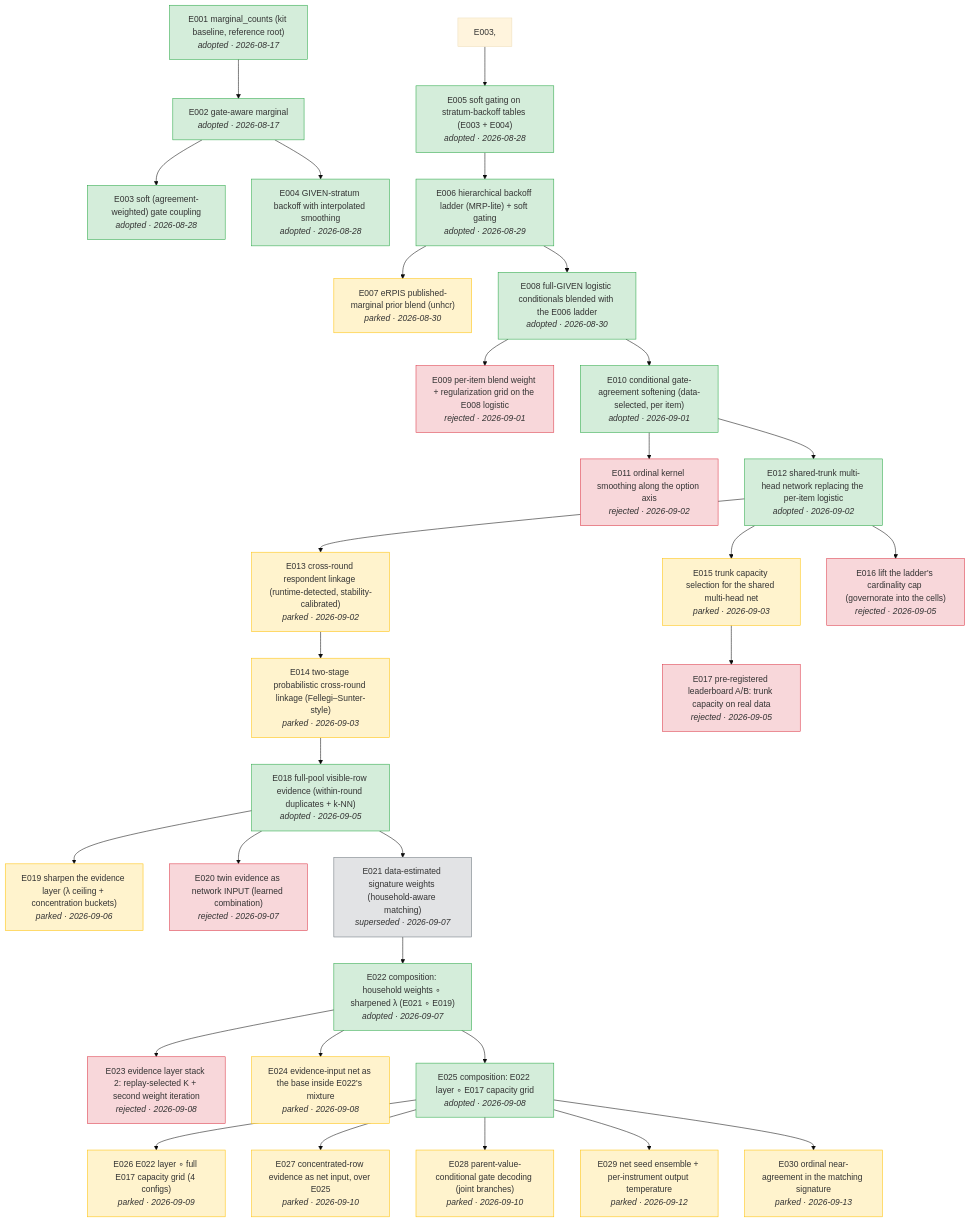
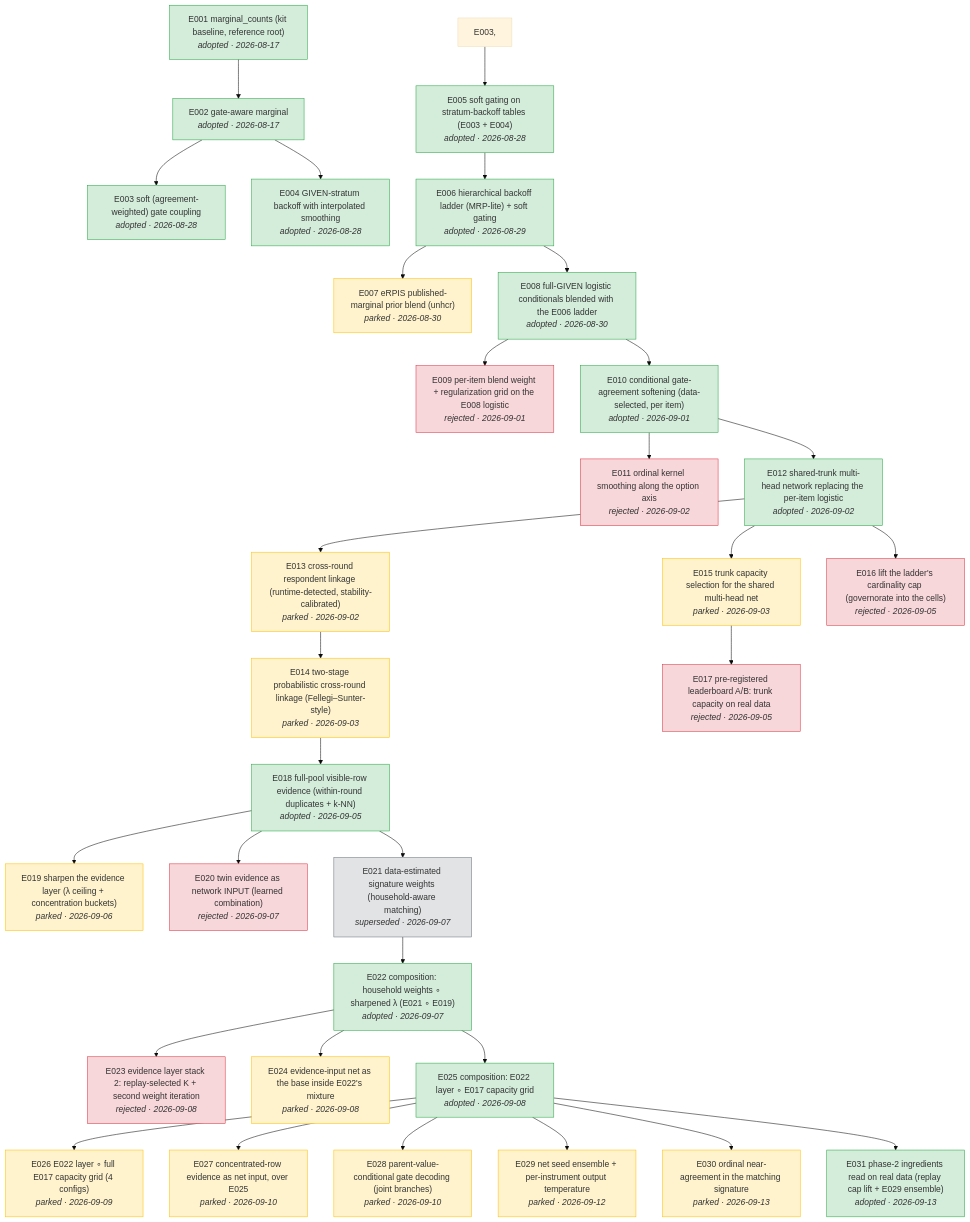
Before and after one commit to joon56/Simulacrabench-NeurIPS-2026-: the diagram in docs/tree.md, drawn with Mermaid (base theme). The commit also changed 6 other files, not shown here.

First line of the commit message:
E031: phase-2 ingredients (replay cap lift + E029 ensemble) over E025, submission #17

````diff
--- a/docs/tree.md
+++ b/docs/tree.md
@@ -5,70 +5,72 @@
 ```mermaid
 flowchart TD
     E001["E001 marginal_counts (kit baseline, reference root)<br/><i>adopted · 2026-08-17</i>"]
     E002["E002 gate-aware marginal<br/><i>adopted · 2026-08-17</i>"]
     E001 --> E002
     E003["E003 soft (agreement-weighted) gate coupling<br/><i>adopted · 2026-08-28</i>"]
     E002 --> E003
     E004["E004 GIVEN-stratum backoff with interpolated smoothing<br/><i>adopted · 2026-08-28</i>"]
     E002 --> E004
     E005["E005 soft gating on stratum-backoff tables (E003 + E004)<br/><i>adopted · 2026-08-28</i>"]
     E003, --> E005
     E006["E006 hierarchical backoff ladder (MRP-lite) + soft gating<br/><i>adopted · 2026-08-29</i>"]
     E005 --> E006
     E007["E007 eRPIS published-marginal prior blend (unhcr)<br/><i>parked · 2026-08-30</i>"]
     E006 --> E007
     E008["E008 full-GIVEN logistic conditionals blended with the E006 ladder<br/><i>adopted · 2026-08-30</i>"]
     E006 --> E008
     E009["E009 per-item blend weight + regularization grid on the E008 logistic<br/><i>rejected · 2026-09-01</i>"]
     E008 --> E009
     E010["E010 conditional gate-agreement softening (data-selected, per item)<br/><i>adopted · 2026-09-01</i>"]
     E008 --> E010
     E011["E011 ordinal kernel smoothing along the option axis<br/><i>rejected · 2026-09-02</i>"]
     E010 --> E011
     E012["E012 shared-trunk multi-head network replacing the per-item logistic<br/><i>adopted · 2026-09-02</i>"]
     E010 --> E012
     E013["E013 cross-round respondent linkage (runtime-detected, stability-calibrated)<br/><i>parked · 2026-09-02</i>"]
     E012 --> E013
     E014["E014 two-stage probabilistic cross-round linkage (Fellegi–Sunter-style)<br/><i>parked · 2026-09-03</i>"]
     E013 --> E014
     E015["E015 trunk capacity selection for the shared multi-head net<br/><i>parked · 2026-09-03</i>"]
     E012 --> E015
     E016["E016 lift the ladder's cardinality cap (governorate into the cells)<br/><i>rejected · 2026-09-05</i>"]
     E012 --> E016
     E017["E017 pre-registered leaderboard A/B: trunk capacity on real data<br/><i>rejected · 2026-09-05</i>"]
     E015 --> E017
     E018["E018 full-pool visible-row evidence (within-round duplicates + k-NN)<br/><i>adopted · 2026-09-05</i>"]
     E014 --> E018
     E019["E019 sharpen the evidence layer (λ ceiling + concentration buckets)<br/><i>parked · 2026-09-06</i>"]
     E018 --> E019
     E020["E020 twin evidence as network INPUT (learned combination)<br/><i>rejected · 2026-09-07</i>"]
     E018 --> E020
     E021["E021 data-estimated signature weights (household-aware matching)<br/><i>superseded · 2026-09-07</i>"]
     E018 --> E021
     E022["E022 composition: household weights ∘ sharpened λ (E021 ∘ E019)<br/><i>adopted · 2026-09-07</i>"]
     E021 --> E022
     E023["E023 evidence layer stack 2: replay-selected K + second weight iteration<br/><i>rejected · 2026-09-08</i>"]
     E022 --> E023
     E024["E024 evidence-input net as the base inside E022's mixture<br/><i>parked · 2026-09-08</i>"]
     E022 --> E024
     E025["E025 composition: E022 layer ∘ E017 capacity grid<br/><i>adopted · 2026-09-08</i>"]
     E022 --> E025
     E026["E026 E022 layer ∘ full E017 capacity grid (4 configs)<br/><i>parked · 2026-09-09</i>"]
     E025 --> E026
     E027["E027 concentrated-row evidence as net input, over E025<br/><i>parked · 2026-09-10</i>"]
     E025 --> E027
     E028["E028 parent-value-conditional gate decoding (joint branches)<br/><i>parked · 2026-09-10</i>"]
     E025 --> E028
     E029["E029 net seed ensemble + per-instrument output temperature<br/><i>parked · 2026-09-12</i>"]
     E025 --> E029
     E030["E030 ordinal near-agreement in the matching signature<br/><i>parked · 2026-09-13</i>"]
     E025 --> E030
+    E031["E031 phase-2 ingredients read on real data (replay cap lift + E029 ensemble)<br/><i>adopted · 2026-09-13</i>"]
+    E025 --> E031
     classDef adopted fill:#d4edda,stroke:#28a745
-    class E001,E002,E003,E004,E005,E006,E008,E010,E012,E018,E022,E025 adopted
+    class E001,E002,E003,E004,E005,E006,E008,E010,E012,E018,E022,E025,E031 adopted
     classDef rejected fill:#f8d7da,stroke:#dc3545
     class E009,E011,E016,E017,E020,E023 rejected
     classDef parked fill:#fff3cd,stroke:#ffc107
     class E007,E013,E014,E015,E019,E024,E026,E027,E028,E029,E030 parked
     classDef superseded fill:#e2e3e5,stroke:#6c757d
     class E021 superseded
 ```
````
